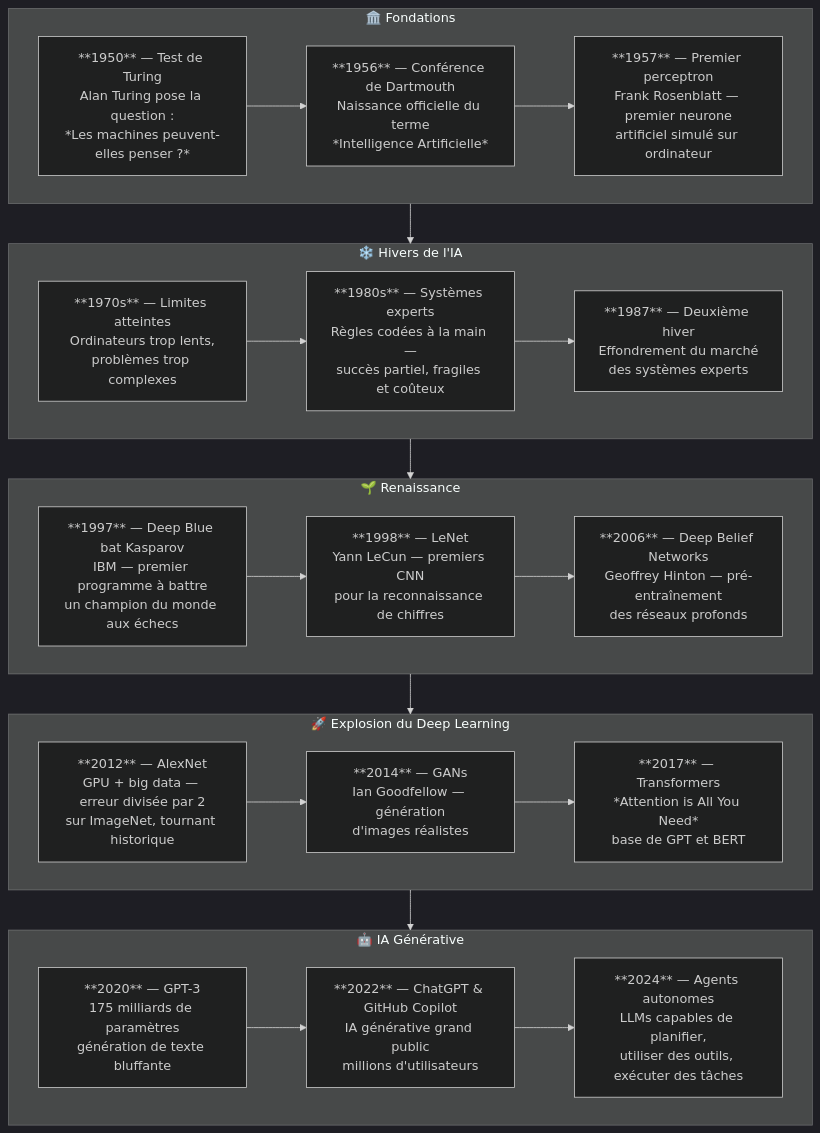
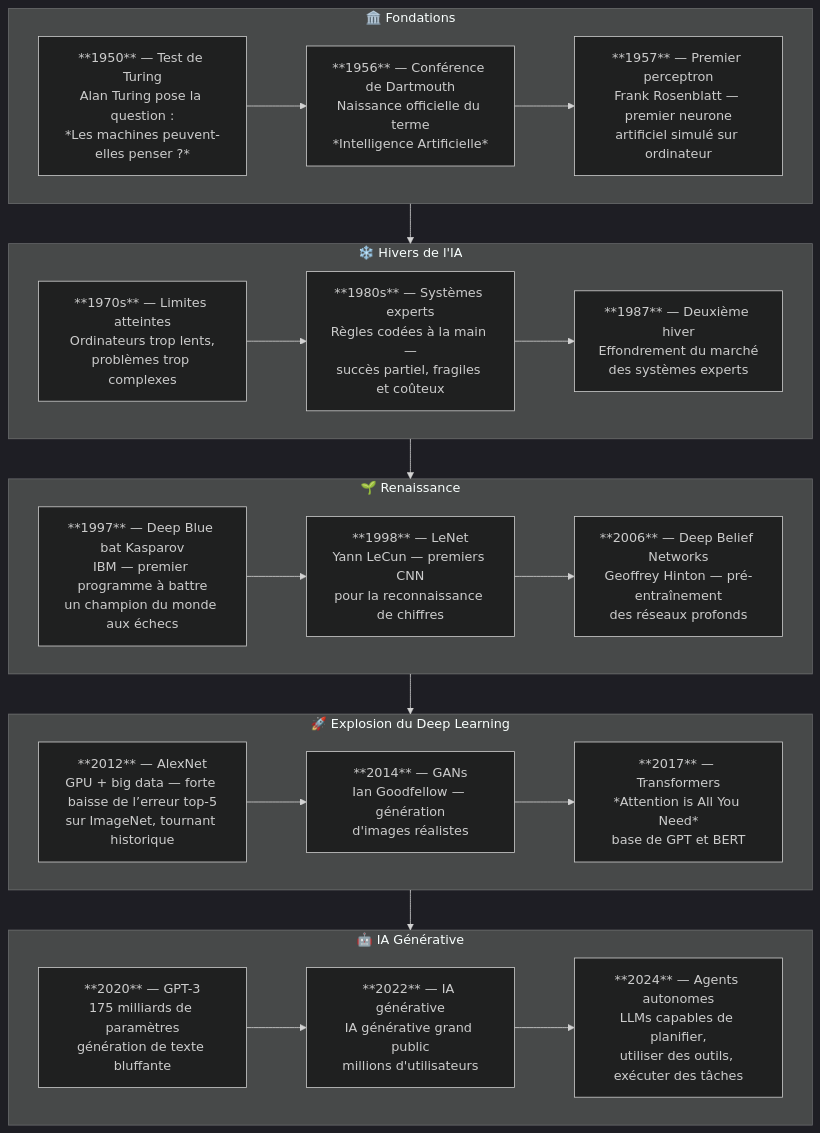
The second of 5 diagrams in docs/chapitre-6-machine-learning/concepts-fondamentaux.md (FTurleque/doc-utilisation-ia), drawn with Mermaid (dark theme) before and after one commit. The commit also changed other lines of this file and 261 other files, not shown here.

````diff
--- a/docs/chapitre-6-machine-learning/concepts-fondamentaux.md
+++ b/docs/chapitre-6-machine-learning/concepts-fondamentaux.md
@@ -35,39 +35,39 @@
 ```mermaid
 graph TD
     subgraph F["🏛️ Fondations"]
         A["**1950** — Test de Turing\nAlan Turing pose la question :\n*Les machines peuvent-elles penser ?*"]
         B["**1956** — Conférence de Dartmouth\nNaissance officielle du terme\n*Intelligence Artificielle*"]
         C["**1957** — Premier perceptron\nFrank Rosenblatt — premier neurone\nartificiel simulé sur ordinateur"]
     end
 
     subgraph H["❄️ Hivers de l'IA"]
         D["**1970s** — Limites atteintes\nOrdinateurs trop lents,\nproblèmes trop complexes"]
         E["**1980s** — Systèmes experts\nRègles codées à la main —\nsuccès partiel, fragiles et coûteux"]
         G["**1987** — Deuxième hiver\nEffondrement du marché\ndes systèmes experts"]
     end
 
     subgraph R["🌱 Renaissance"]
         I["**1997** — Deep Blue bat Kasparov\nIBM — premier programme à battre\nun champion du monde aux échecs"]
         J["**1998** — LeNet\nYann LeCun — premiers CNN\npour la reconnaissance de chiffres"]
         K["**2006** — Deep Belief Networks\nGeoffrey Hinton — pré-entraînement\ndes réseaux profonds"]
     end
 
     subgraph E2["🚀 Explosion du Deep Learning"]
-        L["**2012** — AlexNet\nGPU + big data — erreur divisée par 2\nsur ImageNet, tournant historique"]
+        L["**2012** — AlexNet\nGPU + big data — forte baisse de l’erreur top-5\nsur ImageNet, tournant historique"]
         M["**2014** — GANs\nIan Goodfellow — génération\nd'images réalistes"]
         N["**2017** — Transformers\n*Attention is All You Need*\nbase de GPT et BERT"]
     end
 
     subgraph G2["🤖 IA Générative"]
         O["**2020** — GPT-3\n175 milliards de paramètres\ngénération de texte bluffante"]
-        P["**2022** — ChatGPT & GitHub Copilot\nIA générative grand public\nmillions d'utilisateurs"]
+        P["**2022** — IA générative\nIA générative grand public\nmillions d'utilisateurs"]
         Q["**2024** — Agents autonomes\nLLMs capables de planifier,\nutiliser des outils, exécuter des tâches"]
     end
 
     F --> H --> R --> E2 --> G2
     A --> B --> C
     D --> E --> G
     I --> J --> K
     L --> M --> N
     O --> P --> Q
 ```
````
